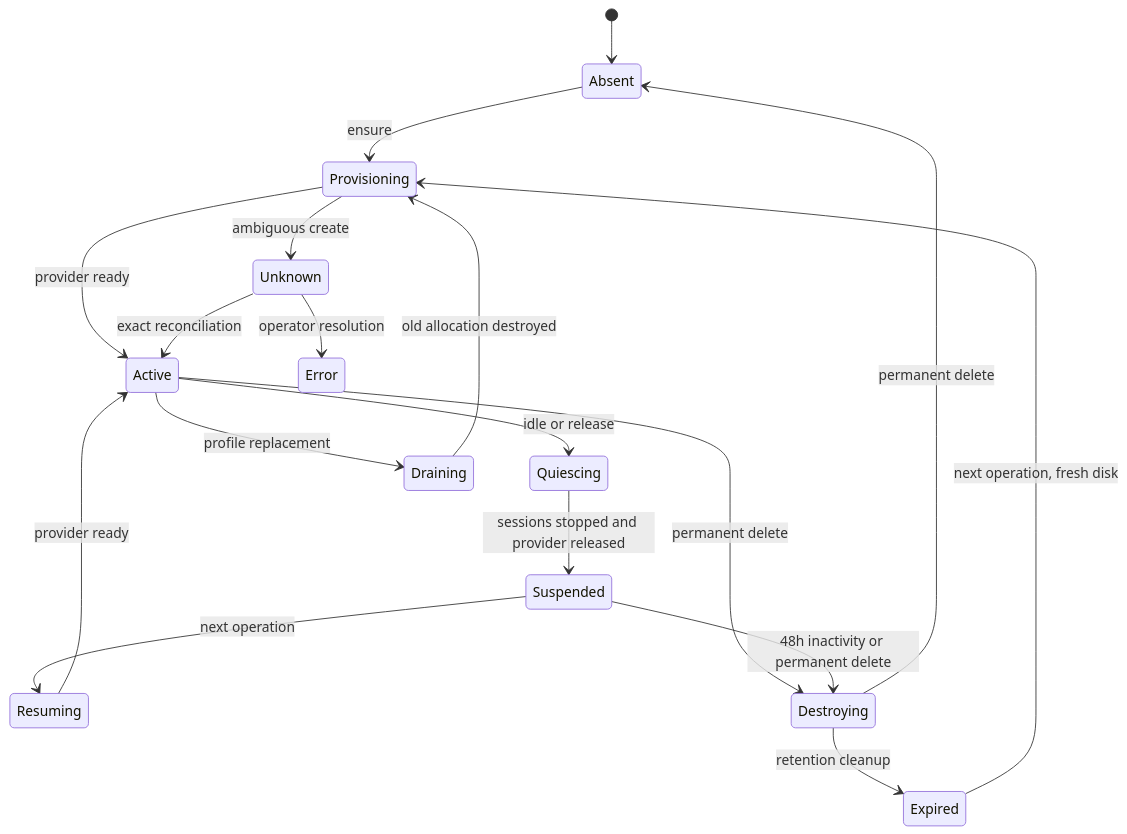
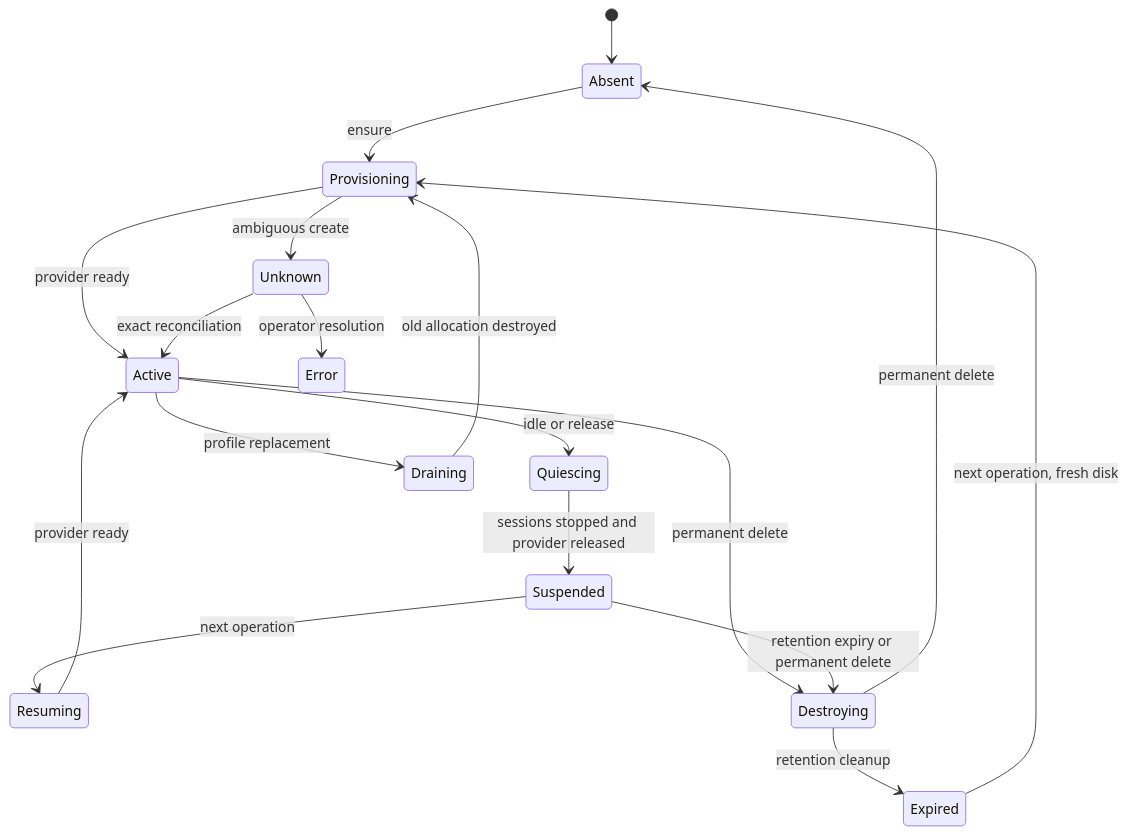
Before and after one commit to lemma-work/lemma-platform: the second of 3 diagrams in docs/design/agentbox/README.md, drawn with Mermaid. The commit also changed other lines of this file and 5 other files, not shown here.

````diff
--- a/docs/design/agentbox/README.md
+++ b/docs/design/agentbox/README.md
@@ -271,20 +271,20 @@
 ```mermaid
 stateDiagram-v2
     [*] --> Absent
     Absent --> Provisioning: ensure
     Provisioning --> Active: provider ready
     Provisioning --> Unknown: ambiguous create
     Unknown --> Active: exact reconciliation
     Unknown --> Error: operator resolution
     Active --> Quiescing: idle or release
     Quiescing --> Suspended: sessions stopped and provider released
     Suspended --> Resuming: next operation
     Resuming --> Active: provider ready
     Active --> Draining: profile replacement
     Draining --> Provisioning: old allocation destroyed
     Active --> Destroying: permanent delete
-    Suspended --> Destroying: 48h inactivity or permanent delete
+    Suspended --> Destroying: retention expiry or permanent delete
     Destroying --> Expired: retention cleanup
     Expired --> Provisioning: next operation, fresh disk
     Destroying --> Absent: permanent delete
 ```
````
